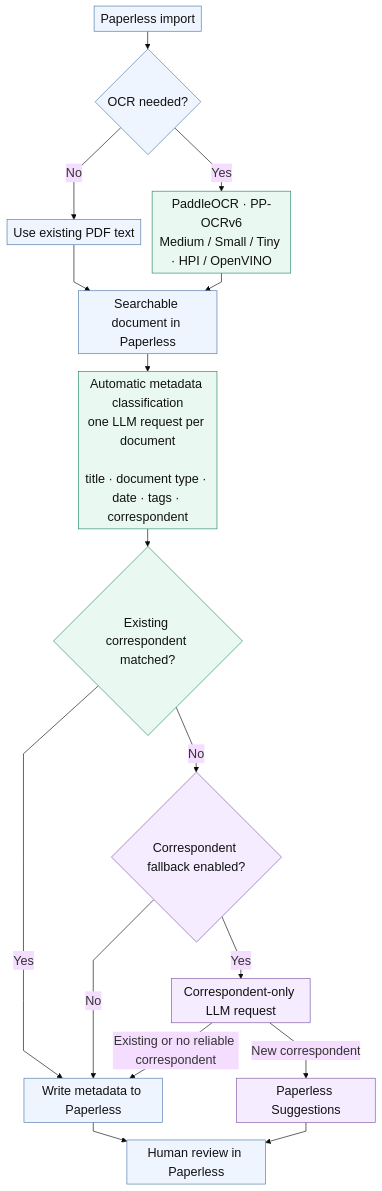
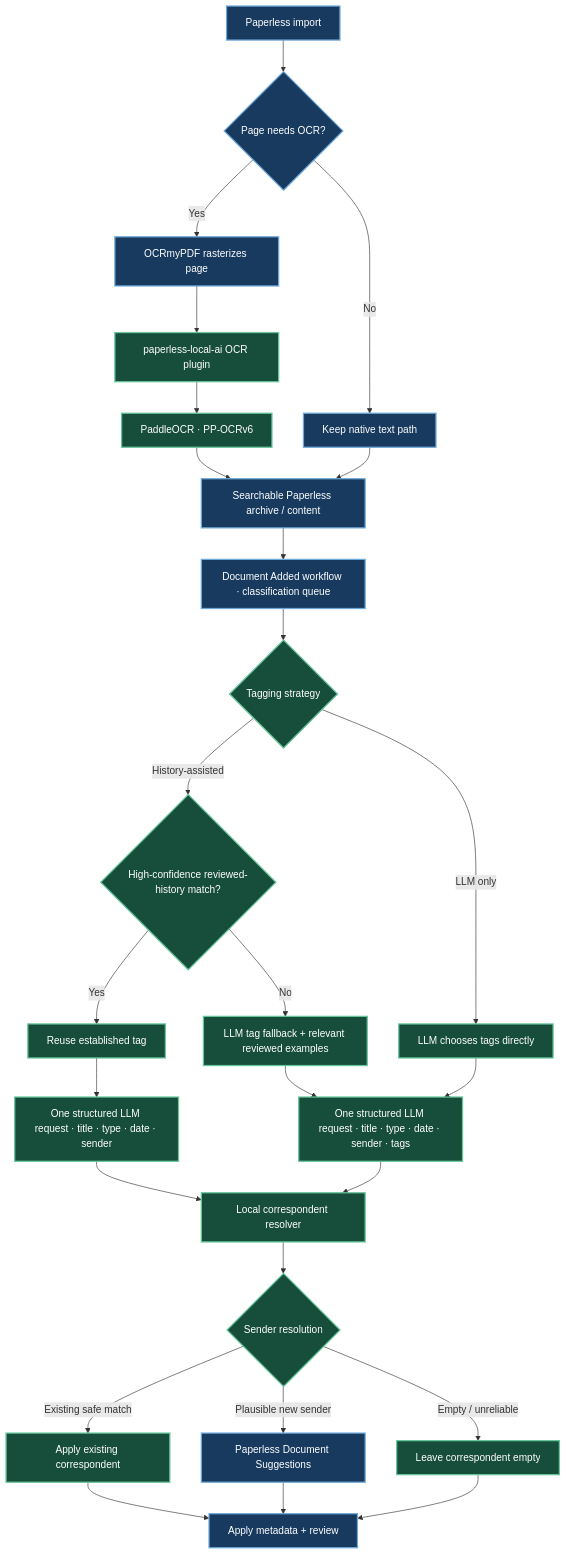
One commit to lucaperl/paperless-local-ai changed the diagram in docs/diagrams/paperless-flow.mmd. Above: the diagram before and after it, drawn with Mermaid. The commit also changed 30 other files, not shown here.

First line of the commit message:
Add history-assisted tagging and simplify metadata classification (#44)

```diff
--- a/docs/diagrams/paperless-flow.mmd
+++ b/docs/diagrams/paperless-flow.mmd
@@ -1,45 +1,29 @@
-%%{init: {
-  "theme": "base",
-  "themeVariables": {
-    "fontSize": "20px"
-  },
-  "flowchart": {
-    "nodeSpacing": 18,
-    "rankSpacing": 28,
-    "padding": 5,
-    "curve": "linear"
-  }
-}}%%
+flowchart TD
+    A[Paperless import]:::paperless --> B{Page needs OCR?}:::paperless
+    B -- No --> C[Keep native text path]:::paperless
+    B -- Yes --> D[OCRmyPDF rasterizes page]:::paperless
+    D --> E[paperless-local-ai OCR plugin]:::local
+    E --> F[PaddleOCR · PP-OCRv6]:::local
+    F --> G[Searchable Paperless archive / content]:::paperless
+    C --> G
+    G --> H[Document Added workflow · classification queue]:::paperless
+    H --> I{Tagging strategy}:::local
+    I -- History-assisted --> J{High-confidence reviewed-history match?}:::local
+    J -- Yes --> K[Reuse established tag]:::local
+    J -- No --> L[LLM tag fallback + relevant reviewed examples]:::local
+    I -- LLM only --> M[LLM chooses tags directly]:::local
+    K --> N[One structured LLM request · title · type · date · sender]:::local
+    L --> O[One structured LLM request · title · type · date · sender · tags]:::local
+    M --> O
+    N --> P[Local correspondent resolver]:::local
+    O --> P
+    P --> Q{Sender resolution}:::local
+    Q -- Existing safe match --> R[Apply existing correspondent]:::local
+    Q -- Plausible new sender --> S[Paperless Document Suggestions]:::paperless
+    Q -- Empty / unreliable --> T[Leave correspondent empty]:::local
+    R --> U[Apply metadata + review]:::paperless
+    S --> U
+    T --> U
 
-flowchart TB
-    A["Paperless import"] --> B{"OCR needed?"}
-
-    B -->|No| N["Use existing PDF text"]
-    B -->|Yes| O["PaddleOCR · PP-OCRv6<br/>Medium / Small / Tiny · HPI / OpenVINO"]
-
-    N --> P["Searchable document in Paperless"]
-    O --> P
-
-    P --> D["Automatic metadata classification<br/>one LLM request per document<br/><br/>title · document type · date · tags · correspondent"]
-
-    D --> C{"Existing correspondent matched?"}
-
-    C -->|Yes| W["Write metadata to Paperless"]
-    C -->|No| E{"Correspondent fallback enabled?"}
-
-    E -->|No| W
-    E -->|Yes| F["Correspondent-only LLM request"]
-
-    F -->|Existing or no reliable correspondent| W
-    F -->|New correspondent| S["Paperless Suggestions"]
-
-    W --> R["Human review in Paperless"]
-    S --> R
-
-    classDef paperless fill:#eef5ff,stroke:#4c78a8,color:#111;
-    classDef local fill:#e9f9f1,stroke:#238763,color:#111;
-    classDef fallback fill:#f5edff,stroke:#7b55a1,color:#111;
-
-    class A,B,N,P,W,R paperless;
-    class O,D,C local;
-    class E,F,S fallback;
+    classDef paperless fill:#173A5E,stroke:#6EA8D9,color:#FFFFFF,stroke-width:2px;
+    classDef local fill:#174D3B,stroke:#66C59A,color:#FFFFFF,stroke-width:2px;
```
